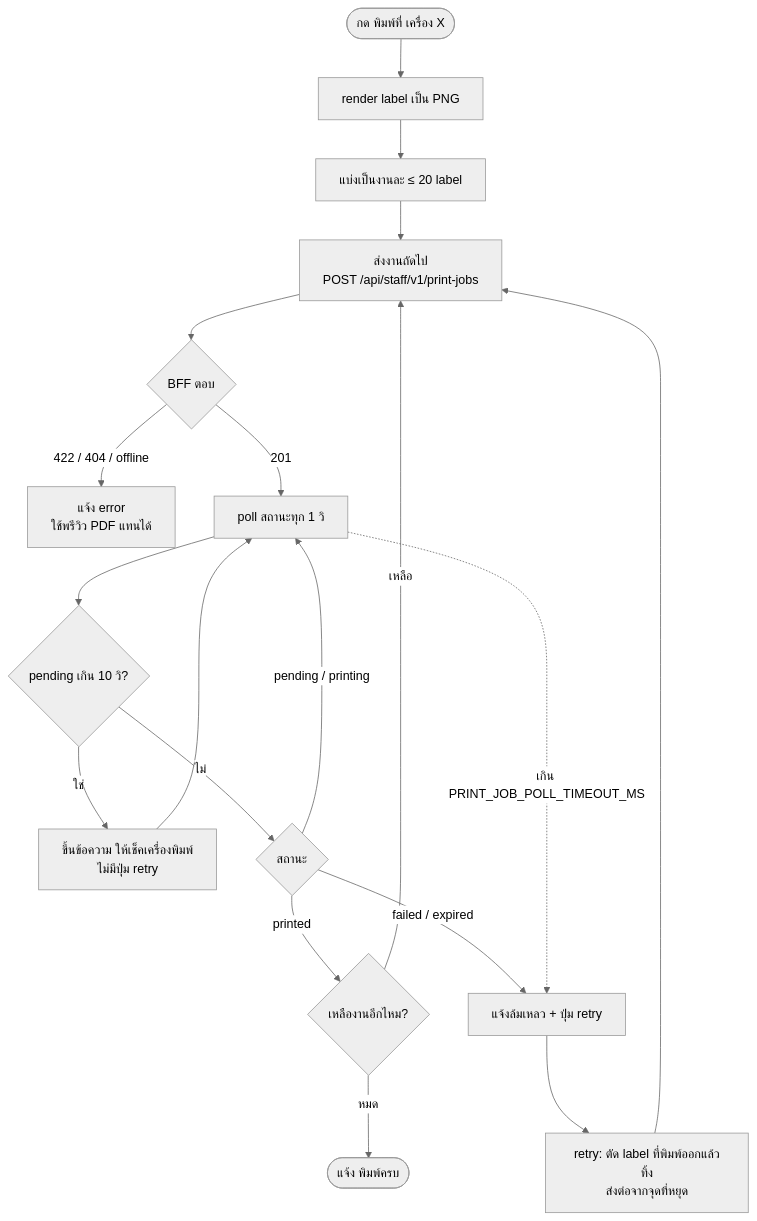
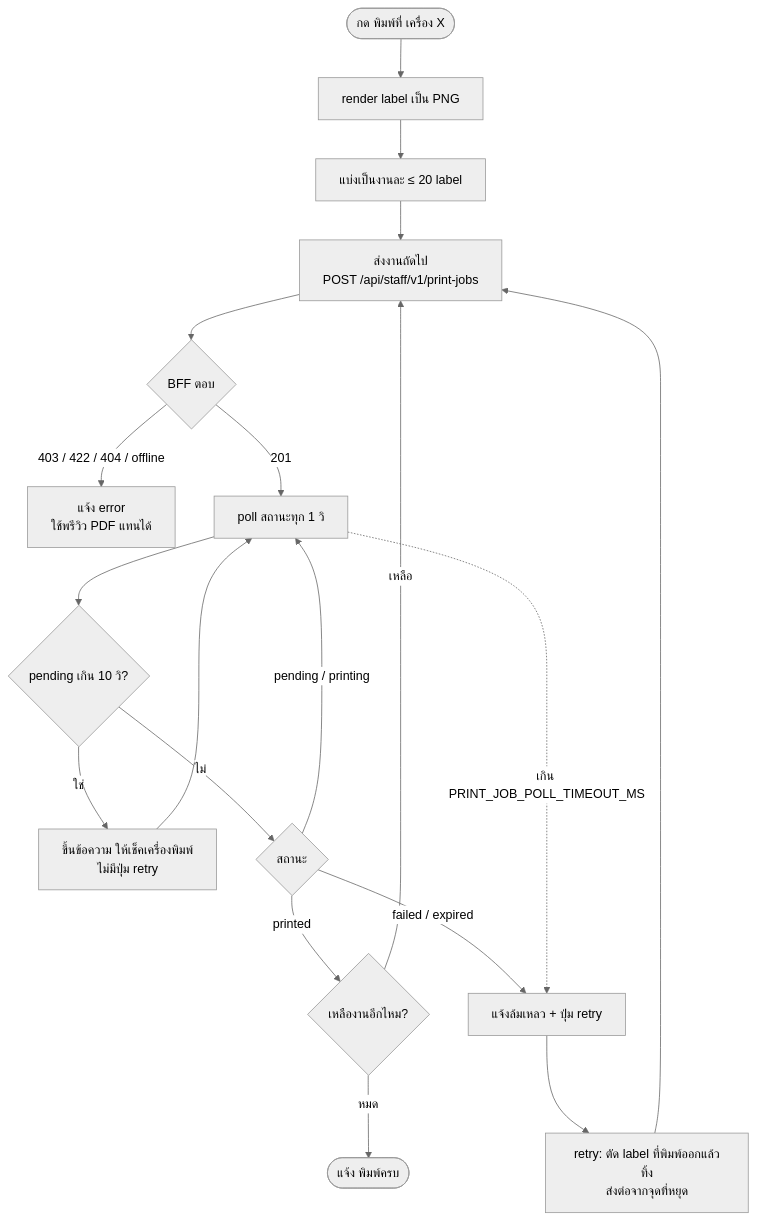
The fourth of 7 diagrams in docs/changes/draft-print-server.md (r202-coe-psu/tent), drawn with Mermaid (neutral theme) before and after one commit. The commit also changed other lines of this file, not shown here.

````diff
--- a/docs/changes/draft-print-server.md
+++ b/docs/changes/draft-print-server.md
@@ -184,19 +263,19 @@
 ```mermaid
 flowchart TD
     A([กด พิมพ์ที่ เครื่อง X]) --> B[render label เป็น PNG]
     B --> C[แบ่งเป็นงานละ ≤ 20 label]
     C --> D[ส่งงานถัดไป<br/>POST /api/staff/v1/print-jobs]
     D --> E{BFF ตอบ}
-    E -- 422 / 404 / offline --> F[แจ้ง error<br/>ใช้พรีวิว PDF แทนได้]
+    E -- 403 / 422 / 404 / offline --> F[แจ้ง error<br/>ใช้พรีวิว PDF แทนได้]
     E -- 201 --> G[poll สถานะทุก 1 วิ]
     G --> H{pending เกิน 10 วิ?}
     H -- ใช่ --> I[ขึ้นข้อความ ให้เช็คเครื่องพิมพ์<br/>ไม่มีปุ่ม retry] --> G
     H -- ไม่ --> J{สถานะ}
     J -- pending / printing --> G
     J -- printed --> K{เหลืองานอีกไหม?}
     K -- เหลือ --> D
     K -- หมด --> L([แจ้ง พิมพ์ครบ])
     J -- failed / expired --> M[แจ้งล้มเหลว + ปุ่ม retry]
     M --> N[retry: ตัด label ที่พิมพ์ออกแล้วทิ้ง<br/>ส่งต่อจากจุดที่หยุด] --> D
     G -. เกิน PRINT_JOB_POLL_TIMEOUT_MS .-> M
 ```
````
